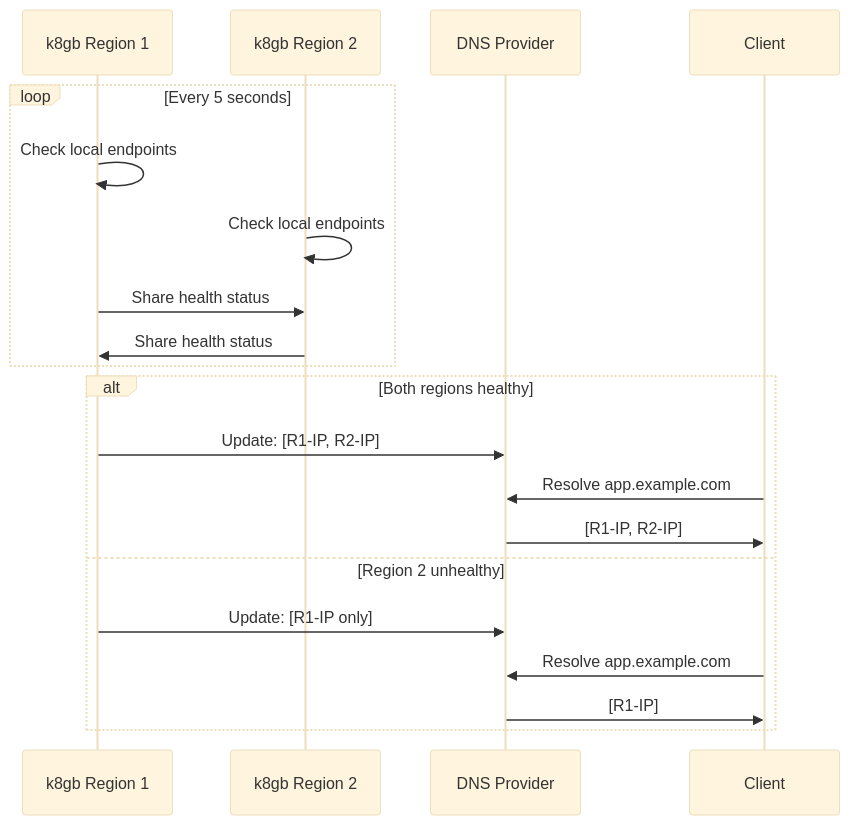
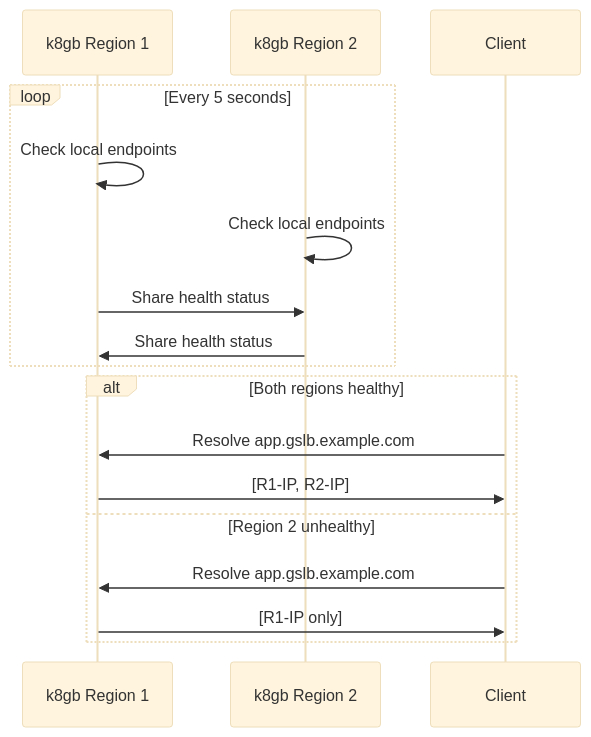
Before and after one commit to openova-io/k8gb: the third of 4 diagrams in docs/ADR-K8GB-GSLB.md, drawn with Mermaid (base theme). The commit also changed other lines of this file, not shown here.

First line of the commit message:
docs: update k8gb ADR for authoritative DNS and split-brain protection

````diff
--- a/docs/ADR-K8GB-GSLB.md
+++ b/docs/ADR-K8GB-GSLB.md
@@ -62,24 +156,21 @@
 ```mermaid
 sequenceDiagram
     participant K8GB1 as k8gb Region 1
     participant K8GB2 as k8gb Region 2
-    participant DNS as DNS Provider
     participant Client as Client
 
     loop Every 5 seconds
         K8GB1->>K8GB1: Check local endpoints
         K8GB2->>K8GB2: Check local endpoints
         K8GB1->>K8GB2: Share health status
         K8GB2->>K8GB1: Share health status
     end
 
     alt Both regions healthy
-        K8GB1->>DNS: Update: [R1-IP, R2-IP]
-        Client->>DNS: Resolve app.example.com
-        DNS->>Client: [R1-IP, R2-IP]
+        Client->>K8GB1: Resolve app.gslb.example.com
+        K8GB1->>Client: [R1-IP, R2-IP]
     else Region 2 unhealthy
-        K8GB1->>DNS: Update: [R1-IP only]
-        Client->>DNS: Resolve app.example.com
-        DNS->>Client: [R1-IP]
+        Client->>K8GB1: Resolve app.gslb.example.com
+        K8GB1->>Client: [R1-IP only]
     end
 ```
````
